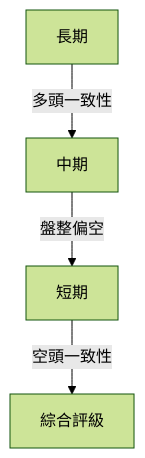
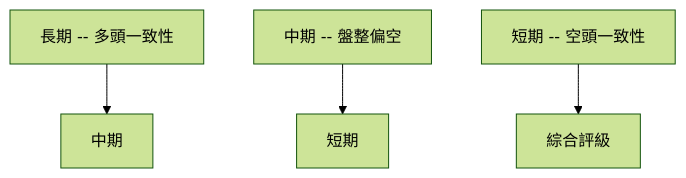
One commit to yennanliu/finance_data changed the ninth of 11 diagrams in ai_gen_report/stock/pltr/technical_analysis_2026-04-01_openai.md. Above: the diagram before and after it, drawn with Mermaid (forest theme). The commit also changed other lines of this file and 2258 other files, not shown here.

First line of the commit message:
chore: backfill Mermaid syntax repair across existing reports

````diff
--- a/ai_gen_report/stock/pltr/technical_analysis_2026-04-01_openai.md
+++ b/ai_gen_report/stock/pltr/technical_analysis_2026-04-01_openai.md
@@ -325,6 +325,6 @@
 ```mermaid
 graph TD
-    長期 -- 多頭一致性 --> 中期
-    中期 -- 盤整偏空 --> 短期
-    短期 -- 空頭一致性 --> 綜合評級
+    nb1["長期 -- 多頭一致性"] --> 中期
+    nb2["中期 -- 盤整偏空"] --> 短期
+    nb3["短期 -- 空頭一致性"] --> 綜合評級
 ```
````
